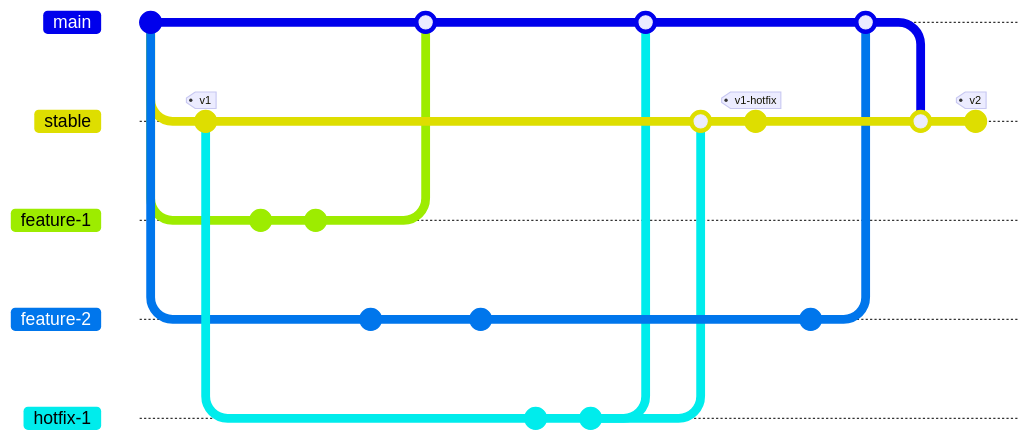
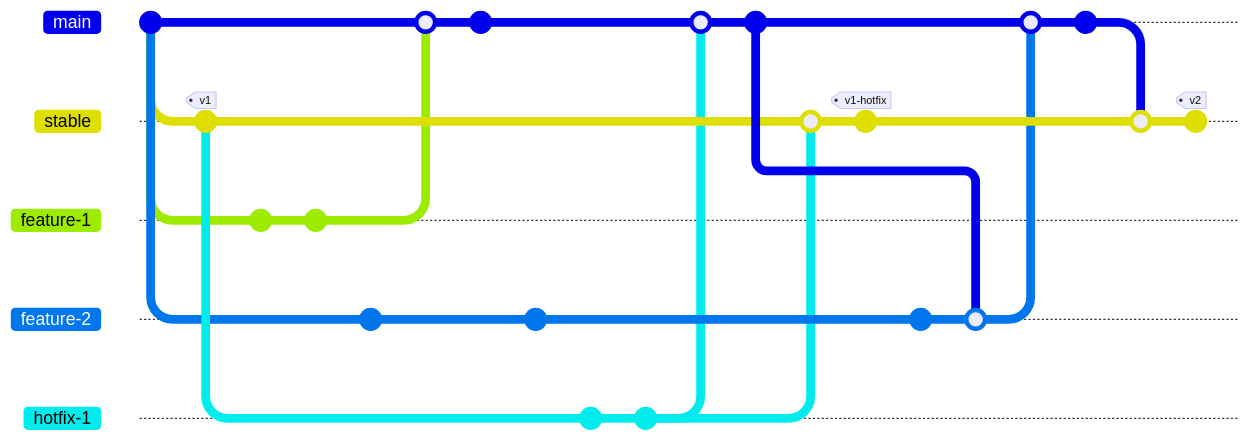
The second of 2 diagrams in docs/todo/workflow.md (Mauwii/django_devops), drawn with Mermaid before and after one commit. The commit also changed other lines of this file and 3 other files, not shown here. Commit ids are hidden.

````diff
--- a/docs/todo/workflow.md
+++ b/docs/todo/workflow.md
@@ -34,37 +34,40 @@
 ``` mermaid
     gitGraph
         commit
         branch stable
         checkout stable
         commit tag: "v1"
         checkout main
         branch feature-1
         checkout feature-1
         commit
         commit
         checkout main
         branch feature-2
         checkout feature-2
         commit
         checkout main
         merge feature-1
+        commit
         checkout feature-2
         commit
         checkout stable
         branch hotfix-1
         commit
         commit
         checkout main
         merge hotfix-1
+        commit
         checkout stable
         merge hotfix-1
-        checkout stable
         commit tag: "v1-hotfix"
         checkout feature-2
         commit
+        merge main
         checkout main
         merge feature-2
+        commit
         checkout stable
         merge main
         commit tag: "v2"
 ```
````
